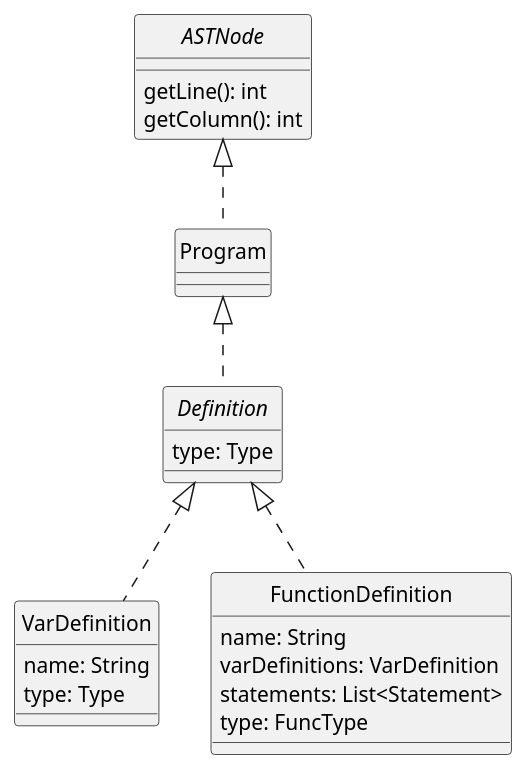
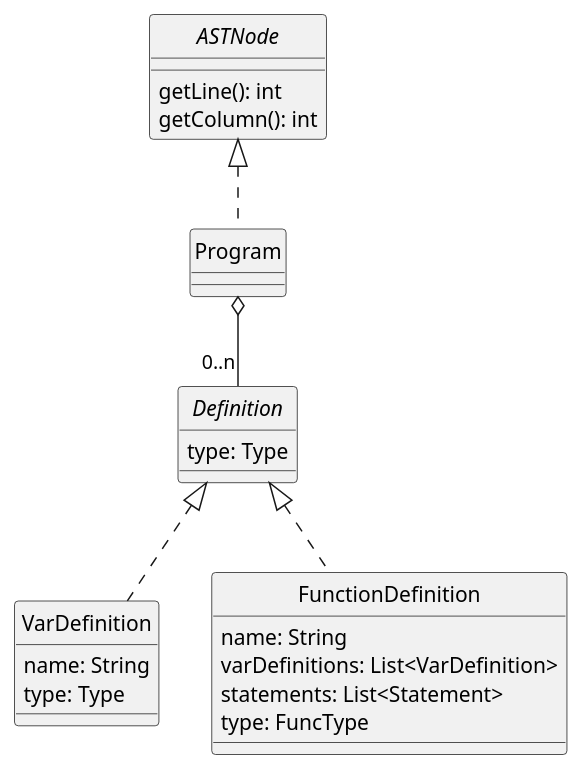
The diagram in docs/diagrams/program.plantuml (DavidGonzalezFernandez/dlp-compiler), drawn with PlantUML before and after one commit.

Commit message:
Modifico diagrama program

```diff
--- a/docs/diagrams/program.plantuml
+++ b/docs/diagrams/program.plantuml
@@ -1,34 +1,34 @@
 @startuml Program
 skinparam style strictuml
 skinparam monochrome true
 
 
 interface ASTNode {
     getLine(): int
     getColumn(): int
 }
 
 class Program
 
 ASTNode <|.. Program
-Program <|.. Definition
+Program o-- "0..n" Definition
 Definition <|.. VarDefinition
 Definition <|.. FunctionDefinition
 
 interface Definition {
     type: Type
 }
 
 class VarDefinition {
     name: String
     type: Type
 }
 
 class FunctionDefinition {
     name: String
-    varDefinitions: VarDefinition
+    varDefinitions: List<VarDefinition>
     statements: List<Statement>
     type: FuncType
 }
 
 @enduml
```
